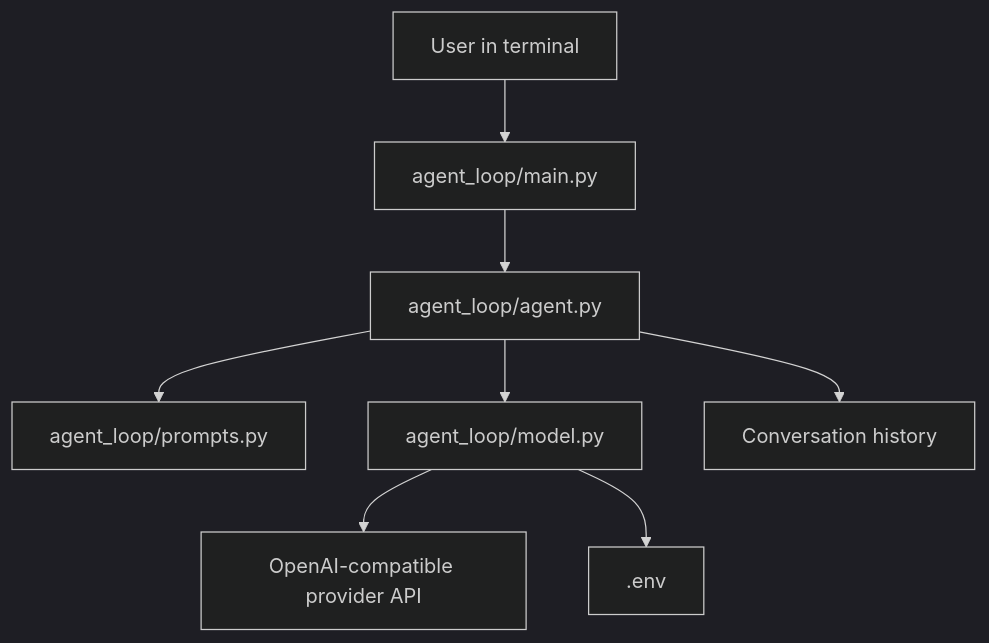
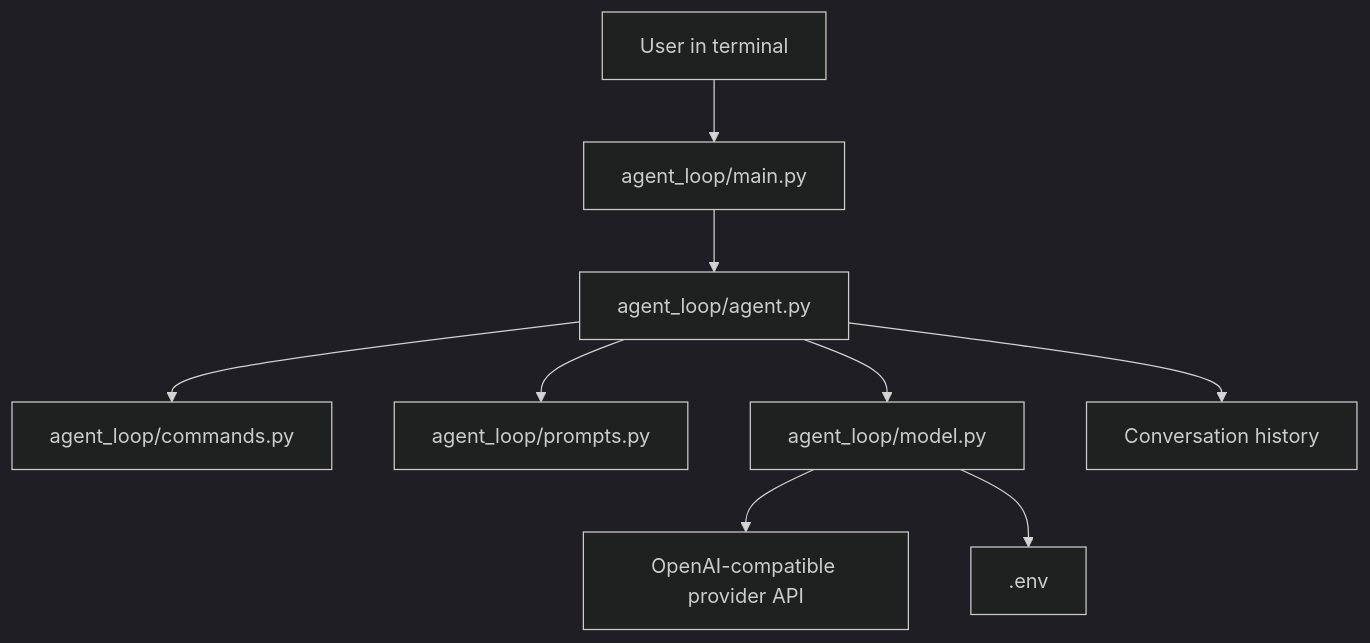
The first of 2 diagrams in ARCHITECTURE.md (dosment/Secan), drawn with Mermaid (dark theme) before and after one commit. The commit also changed other lines of this file and 4 other files, not shown here.

````diff
--- a/ARCHITECTURE.md
+++ b/ARCHITECTURE.md
@@ -5,10 +5,11 @@
 ```mermaid
 flowchart TD
     User[User in terminal] --> Main[agent_loop/main.py]
     Main --> Agent[agent_loop/agent.py]
+    Agent --> Commands[agent_loop/commands.py]
     Agent --> Prompts[agent_loop/prompts.py]
     Agent --> Model[agent_loop/model.py]
     Model --> Provider[OpenAI-compatible provider API]
     Model --> Env[.env]
     Agent --> History[Conversation history]
 ```
````
